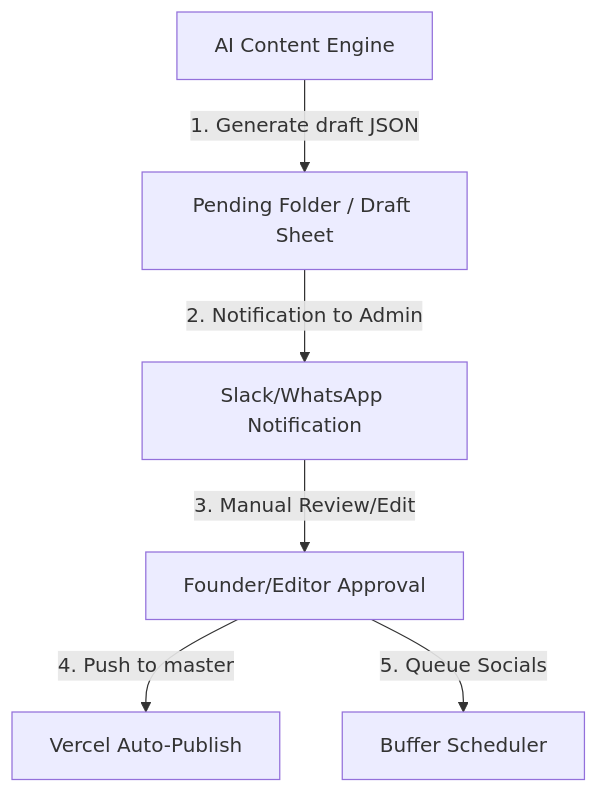
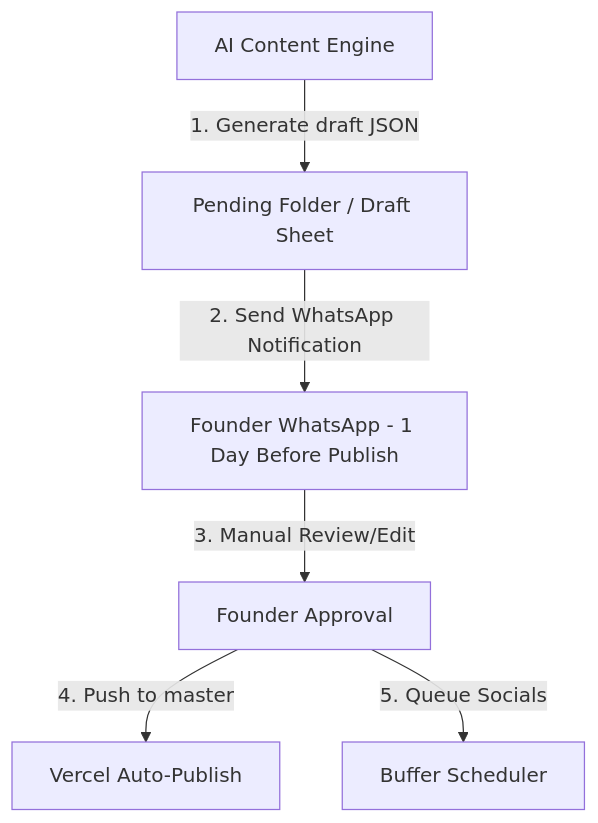
One commit to kunalrawat425/conductor-playground changed the second of 2 diagrams in .agents/automation-master-plan.md. Above: the diagram before and after it, drawn with Mermaid. The commit also changed other lines of this file and 8 other files, not shown here.

````diff
--- a/.agents/automation-master-plan.md
+++ b/.agents/automation-master-plan.md
@@ -255,8 +255,8 @@
 ```mermaid
 graph TD
     A[AI Content Engine] -->|1. Generate draft JSON| B[Pending Folder / Draft Sheet]
-    B -->|2. Notification to Admin| C[Slack/WhatsApp Notification]
-    C -->|3. Manual Review/Edit| D[Founder/Editor Approval]
+    B -->|2. Send WhatsApp Notification| C[Founder WhatsApp - 1 Day Before Publish]
+    C -->|3. Manual Review/Edit| D[Founder Approval]
     D -->|4. Push to master| E[Vercel Auto-Publish]
     D -->|5. Queue Socials| F[Buffer Scheduler]
 ```
````
